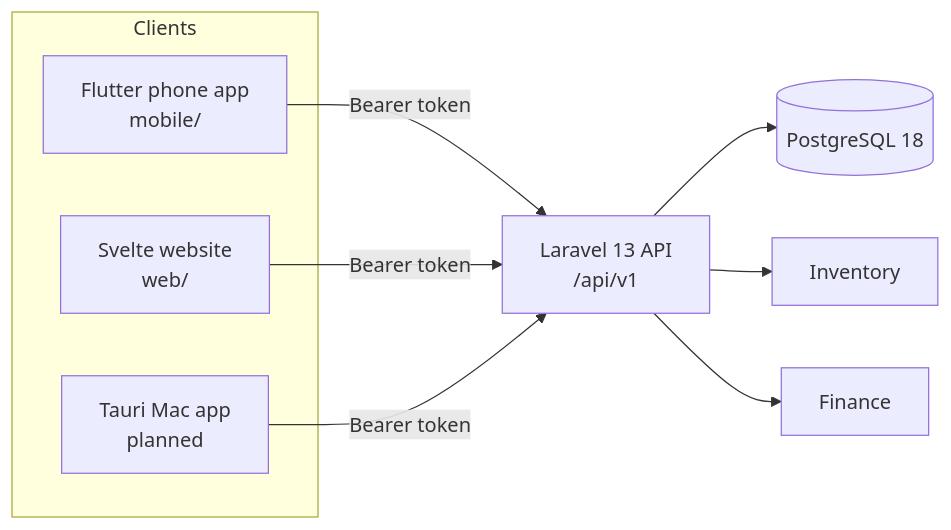
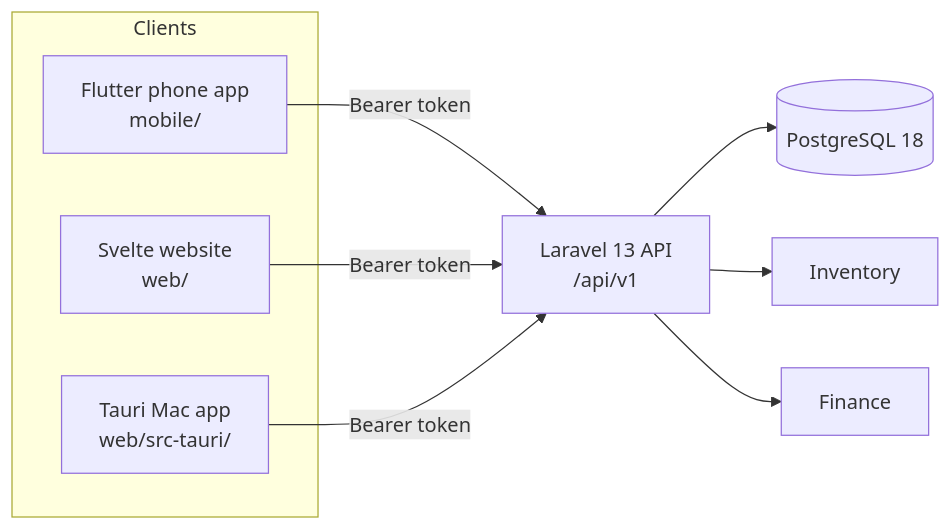
One commit to Saajonsayrest/pasal changed the first of 4 diagrams in README.md. Above: the diagram before and after it, drawn with Mermaid. The commit also changed other lines of this file and 2 other files, not shown here.

Commit message:
ci: backend, website, phone and Mac app checks on every push; docs for the Mac app

````diff
--- a/README.md
+++ b/README.md
@@ -20,14 +20,14 @@
 ```mermaid
 flowchart LR
     subgraph Clients
         P[Flutter phone app<br/>mobile/]
         W[Svelte website<br/>web/]
-        M[Tauri Mac app<br/>planned]
+        M[Tauri Mac app<br/>web/src-tauri/]
     end
     P -->|Bearer token| API
     W -->|Bearer token| API
     M -->|Bearer token| API
     API[Laravel 13 API<br/>/api/v1] --> DB[(PostgreSQL 18)]
     API --> INV[Inventory]
     API --> FIN[Finance]
 ```
````
